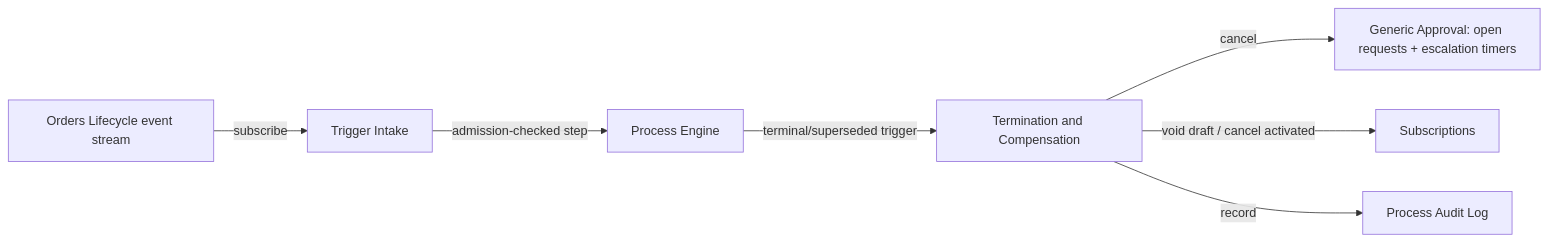
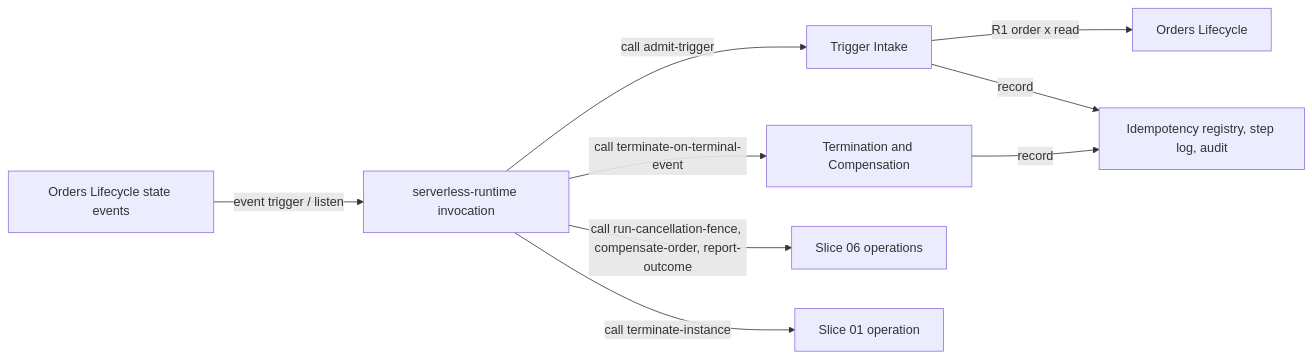
Before and after one commit to constructorfabric/gears-rust: the first of 5 diagrams in gears/bss/orders-workflow/docs/design/02-triggers-and-start.md, drawn with Mermaid. The commit also changed other lines of this file, not shown here.

Commit message:
docs(bss/orders-workflow): slice 02 provides step operations and a definition fragment (admit-trigger and terminate-on-terminal-event; intake transport to the platform event trigger; supersession as unwind-then-start)

````diff
--- a/gears/bss/orders-workflow/docs/design/02-triggers-and-start.md
+++ b/gears/bss/orders-workflow/docs/design/02-triggers-and-start.md
@@ -329,9 +369,11 @@
 ```mermaid
 graph LR
-    A[Orders Lifecycle event stream] -->|subscribe| B[Trigger Intake]
-    B -->|admission-checked step| C[Process Engine]
-    C -->|terminal/superseded trigger| D[Termination and Compensation]
-    D -->|cancel| E[Generic Approval: open requests + escalation timers]
-    D -->|void draft / cancel activated| F[Subscriptions]
-    D -->|record| G[Process Audit Log]
+    A[Orders Lifecycle state events] -->|event trigger / listen| P[serverless-runtime invocation]
+    P -->|call admit-trigger| B[Trigger Intake]
+    B -->|R1 order x read| L[Orders Lifecycle]
+    B -->|record| R[Idempotency registry, step log, audit]
+    P -->|call terminate-on-terminal-event| D[Termination and Compensation]
+    D -->|record| R
+    P -->|call run-cancellation-fence, compensate-order, report-outcome| S06[Slice 06 operations]
+    P -->|call terminate-instance| E[Slice 01 operation]
 ```
````
